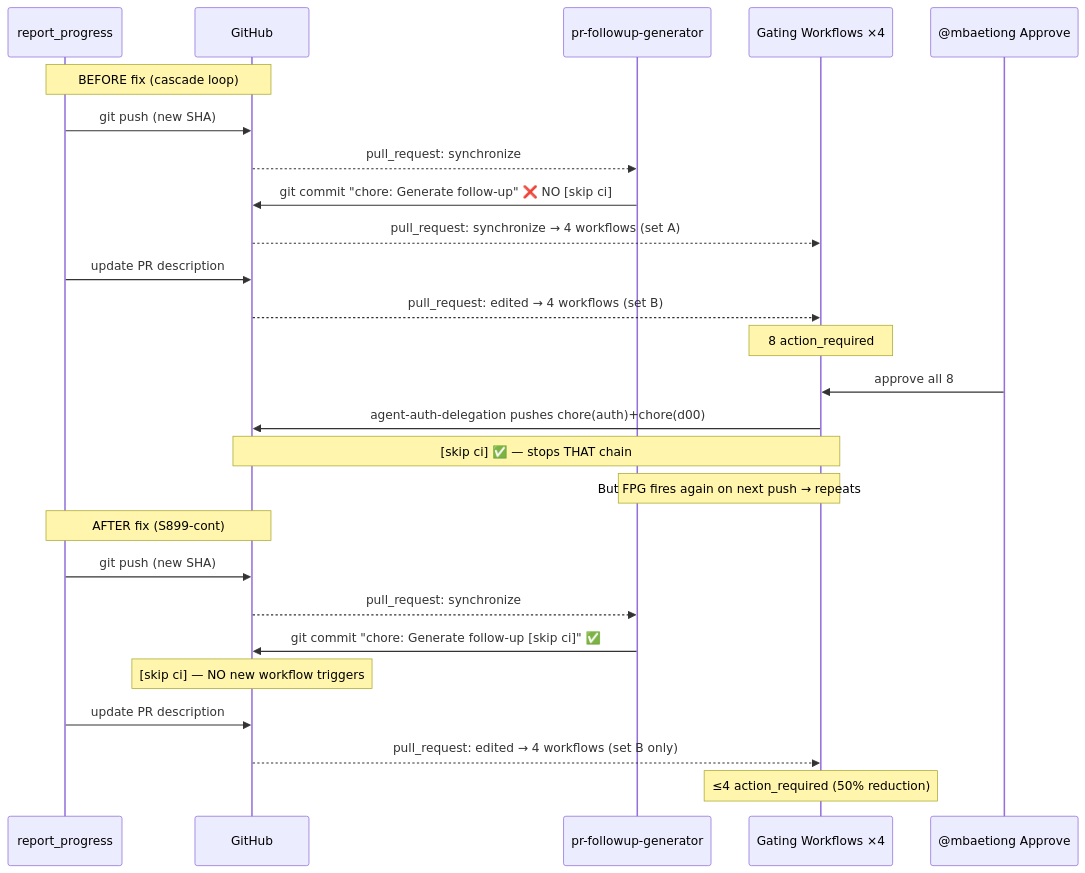
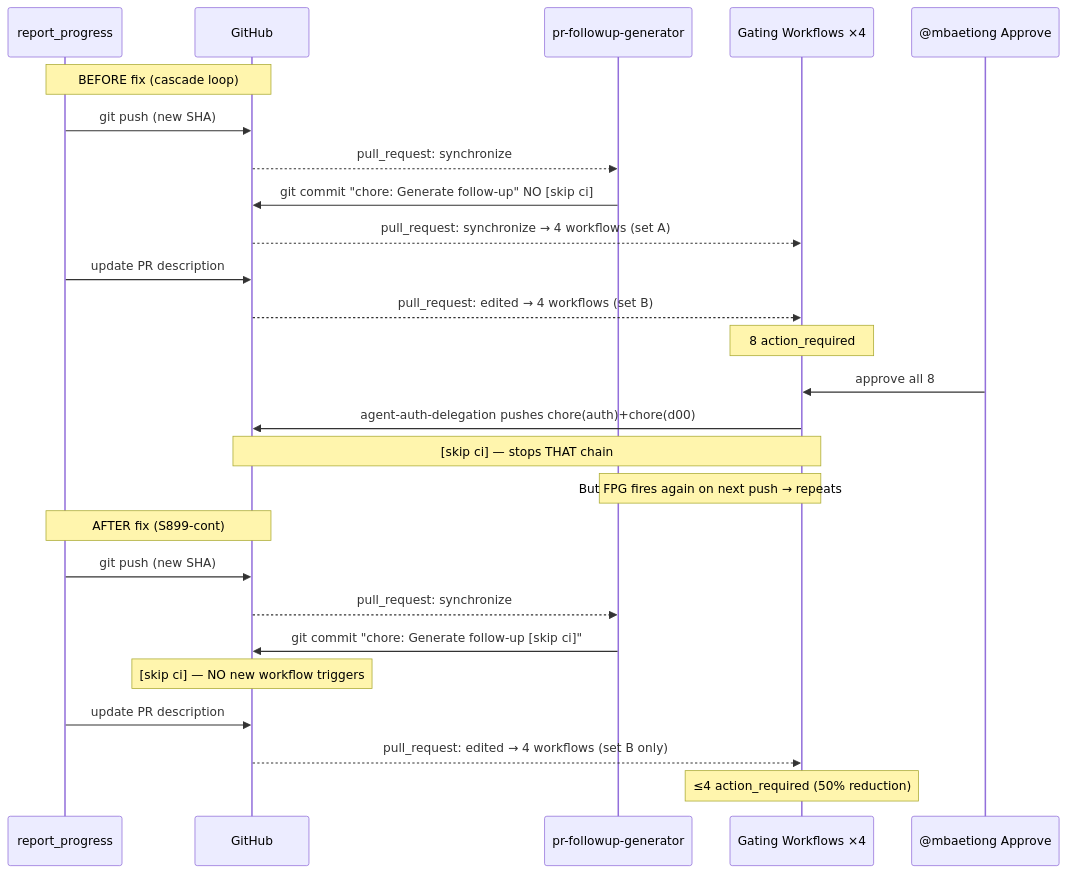
Before and after one commit to Aries-Serpent/_codex_: the fifth of 5 diagrams in docs/roadmap/PR4368_session_diagram.md, drawn with Mermaid. The commit also changed other lines of this file and 2029 other files, not shown here.

````diff
--- a/docs/roadmap/PR4368_session_diagram.md
+++ b/docs/roadmap/PR4368_session_diagram.md
@@ -140,31 +142,31 @@
 ```mermaid
 %%{init: {'accessibility': {'title': 'Sequence Diagram showing skip ci, skip ci'}}%%
 sequenceDiagram
     participant RP as report_progress
     participant GH as GitHub
     participant FPG as pr-followup-generator
     participant GATE as Gating Workflows ×4
     participant APPROVE as @mbaetiong Approve
 
     Note over RP,GH: BEFORE fix (cascade loop)
     RP->>GH: git push (new SHA)
     GH-->>FPG: pull_request: synchronize
-    FPG->>GH: git commit "chore: Generate follow-up" ❌ NO [skip ci]
+    FPG->>GH: git commit "chore: Generate follow-up"  NO [skip ci]
     GH-->>GATE: pull_request: synchronize → 4 workflows (set A)
     RP->>GH: update PR description
     GH-->>GATE: pull_request: edited → 4 workflows (set B)
     Note over GATE: 8 action_required
     APPROVE->>GATE: approve all 8
     GATE->>GH: agent-auth-delegation pushes chore(auth)+chore(d00)
-    Note over GH,GATE: [skip ci] ✅ — stops THAT chain
+    Note over GH,GATE: [skip ci]  — stops THAT chain
     Note over FPG,GATE: But FPG fires again on next push → repeats
 
     Note over RP,GH: AFTER fix (S899-cont)
     RP->>GH: git push (new SHA)
     GH-->>FPG: pull_request: synchronize
-    FPG->>GH: git commit "chore: Generate follow-up [skip ci]" ✅
+    FPG->>GH: git commit "chore: Generate follow-up [skip ci]" 
     Note over GH: [skip ci] — NO new workflow triggers
     RP->>GH: update PR description
     GH-->>GATE: pull_request: edited → 4 workflows (set B only)
     Note over GATE: ≤4 action_required (50% reduction)
 ```
````
